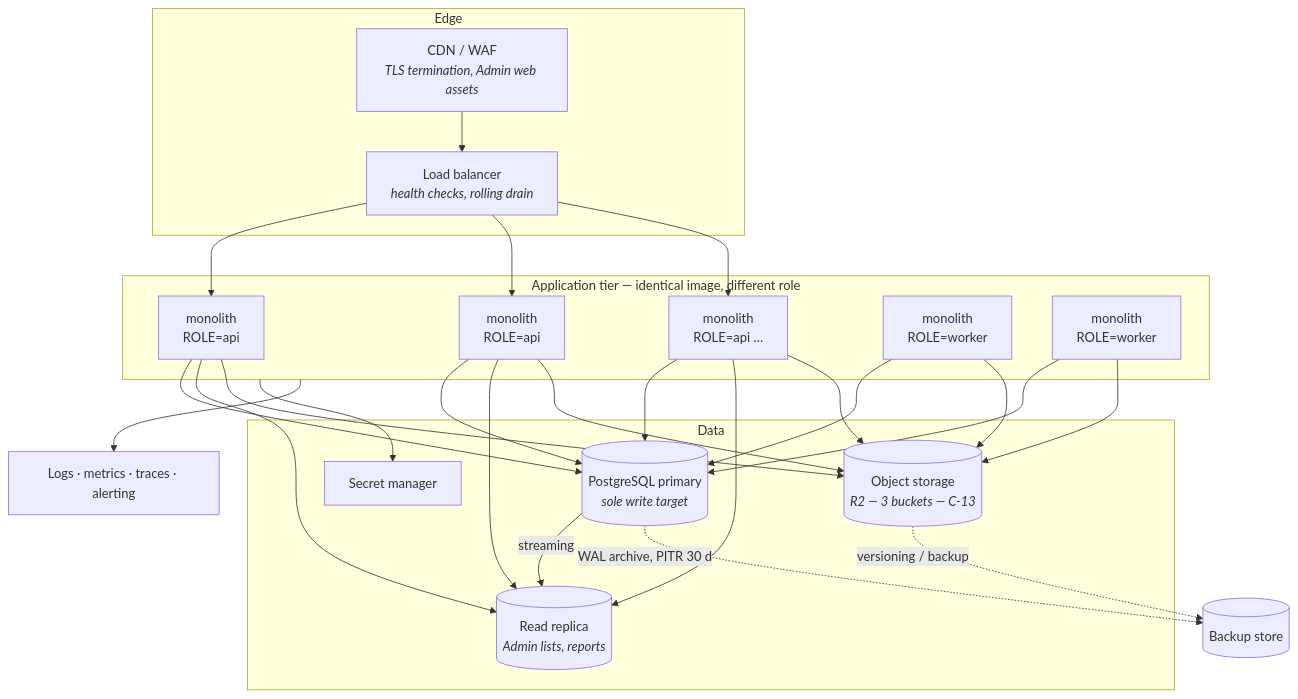
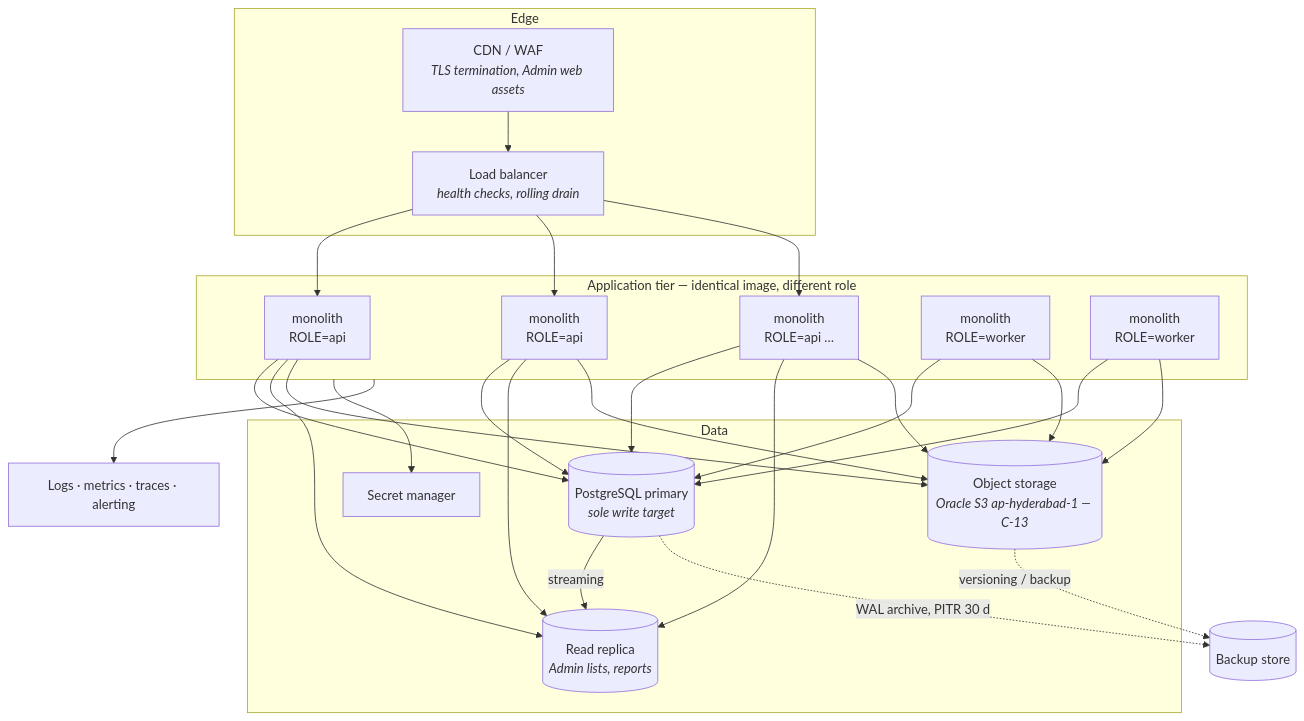
Before and after one commit to shabibmr/karat-hive: the third of 7 diagrams in docs/Architecture-Backend.md, drawn with Mermaid. The commit also changed other lines of this file and 25 other files, not shown here.

First line of the commit message:
feat(backend): store objects on Oracle S3 in ap-hyderabad-1

````diff
--- a/docs/Architecture-Backend.md
+++ b/docs/Architecture-Backend.md
@@ -223,37 +223,37 @@
 ```mermaid
 flowchart TB
     subgraph Edge
         CDN["CDN / WAF<br/><i>TLS termination, Admin web assets</i>"]
         LB["Load balancer<br/><i>health checks, rolling drain</i>"]
     end
 
     subgraph Compute["Application tier — identical image, different role"]
         API1["monolith<br/>ROLE=api"]
         API2["monolith<br/>ROLE=api"]
         APIn["monolith<br/>ROLE=api …"]
         W1["monolith<br/>ROLE=worker"]
         W2["monolith<br/>ROLE=worker"]
     end
 
     subgraph Data
         PG[("PostgreSQL primary<br/><i>sole write target</i>")]
         RR[("Read replica<br/><i>Admin lists, reports</i>")]
-        OS[("Object storage<br/><i>R2 — 3 buckets — C-13</i>")]
+        OS[("Object storage<br/><i>Oracle S3 ap-hyderabad-1 — C-13</i>")]
         SEC["Secret manager"]
     end
 
     OBS["Logs · metrics · traces · alerting"]
 
     CDN --> LB
     LB --> API1 & API2 & APIn
     API1 & API2 & APIn --> PG
     API1 & API2 & APIn --> RR
     API1 & API2 & APIn --> OS
     W1 & W2 --> PG
     W1 & W2 --> OS
     PG -->|streaming| RR
     PG -.->|WAL archive, PITR 30 d| BK[("Backup store")]
     OS -.->|versioning / backup| BK
     Compute --> SEC
     Compute --> OBS
 ```
````
